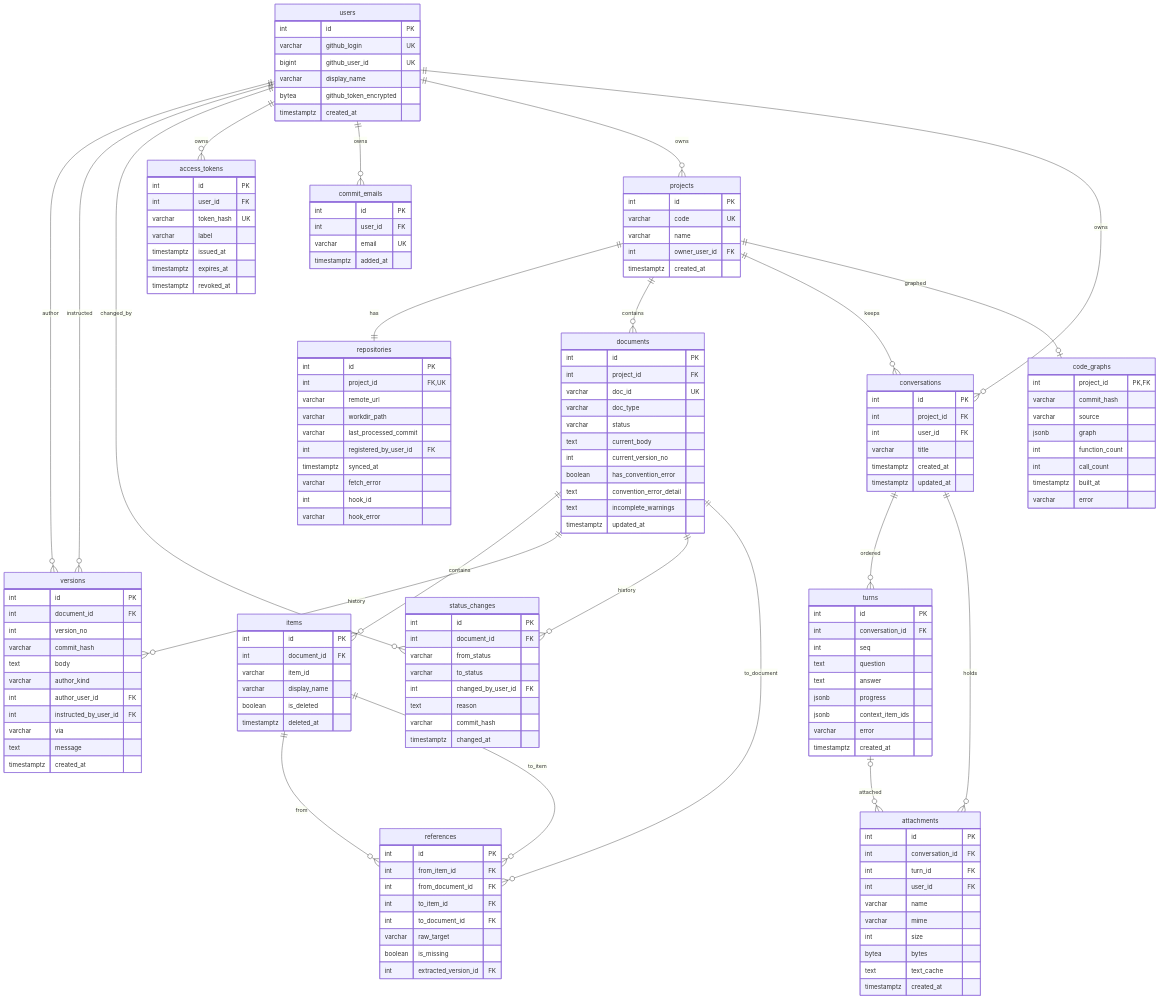
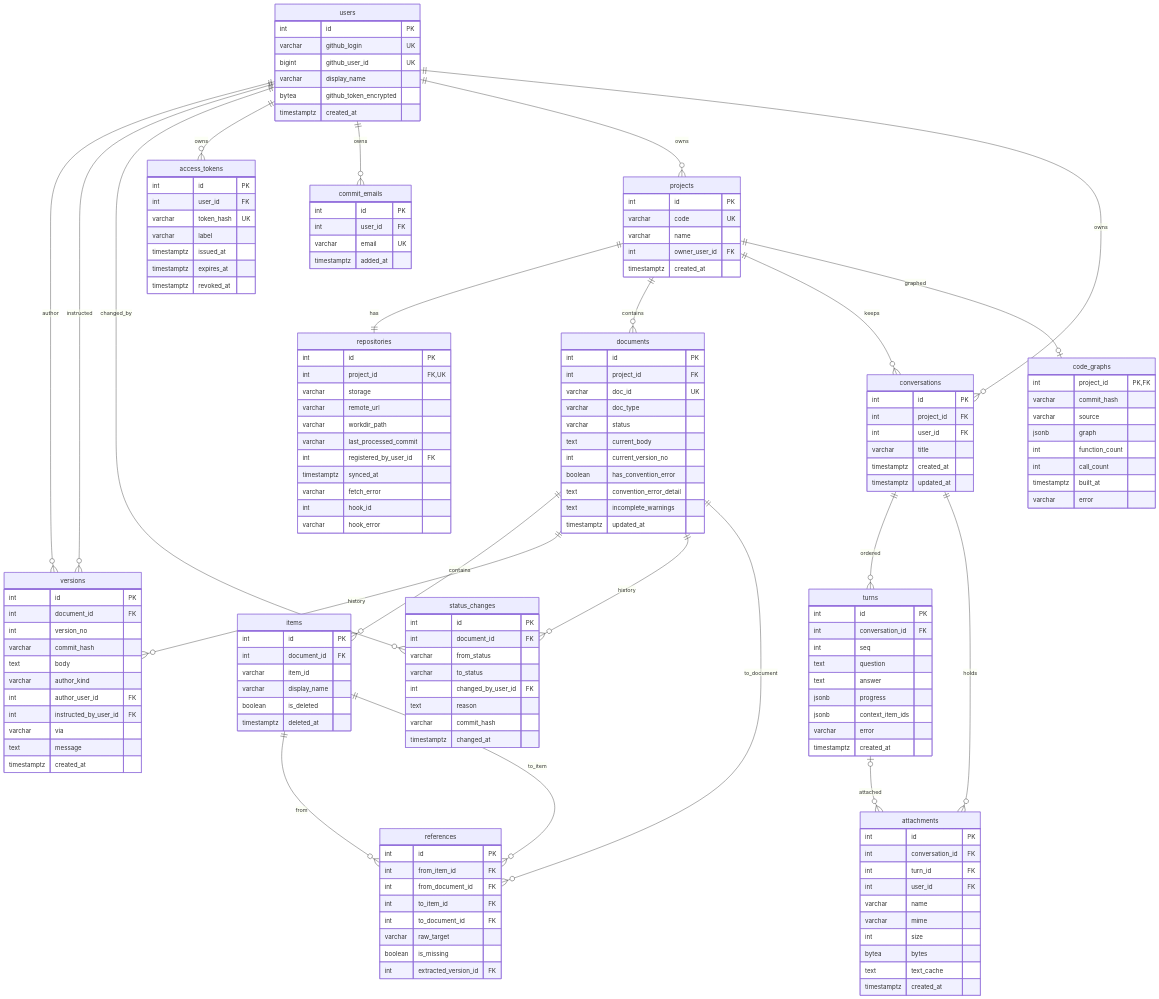
One commit to HoyoungParkme/syncdoc changed the diagram in docs/specs/06-DOM/SYNC-DOM-003.md. Above: the diagram before and after it, drawn with Mermaid. The commit also changed other lines of this file, not shown here.

First line of the commit message:
spec(SYNC-DOM-003): repositories.storage · remote_url 뜻 · 리비전 0016

```diff
--- a/docs/specs/06-DOM/SYNC-DOM-003.md
+++ b/docs/specs/06-DOM/SYNC-DOM-003.md
@@ -59,6 +59,7 @@
     repositories {
         int id PK
         int project_id FK,UK
+        varchar storage
         varchar remote_url
         varchar workdir_path
         varchar last_processed_commit
```
